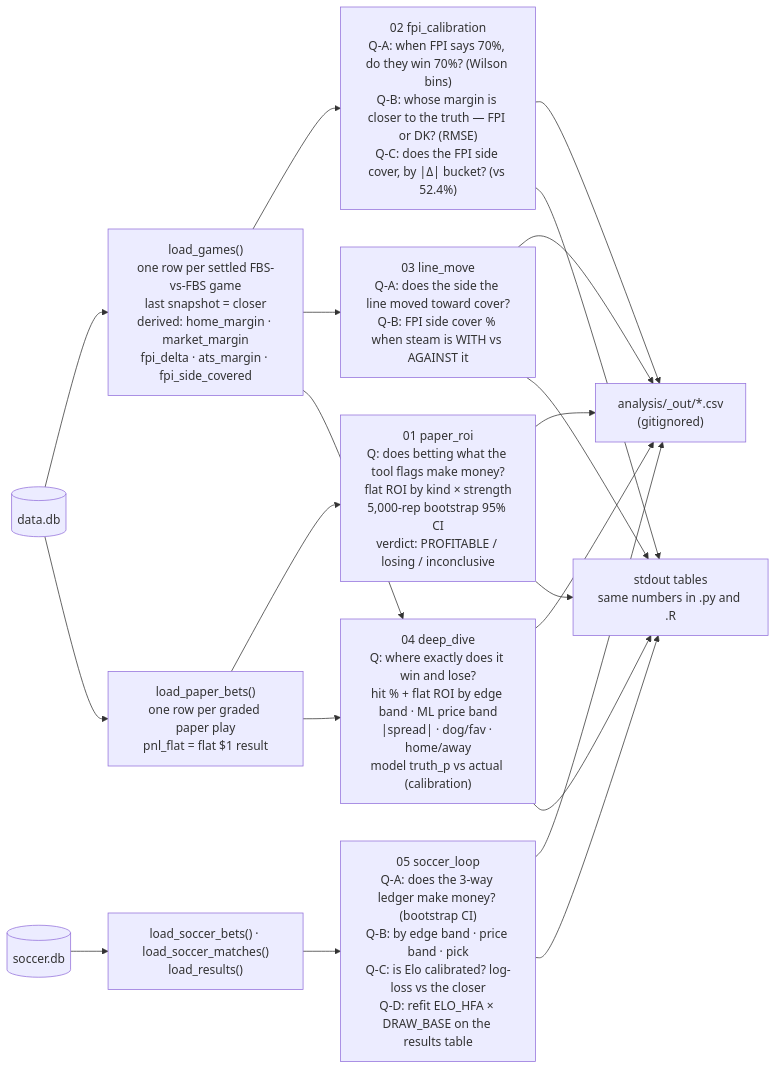
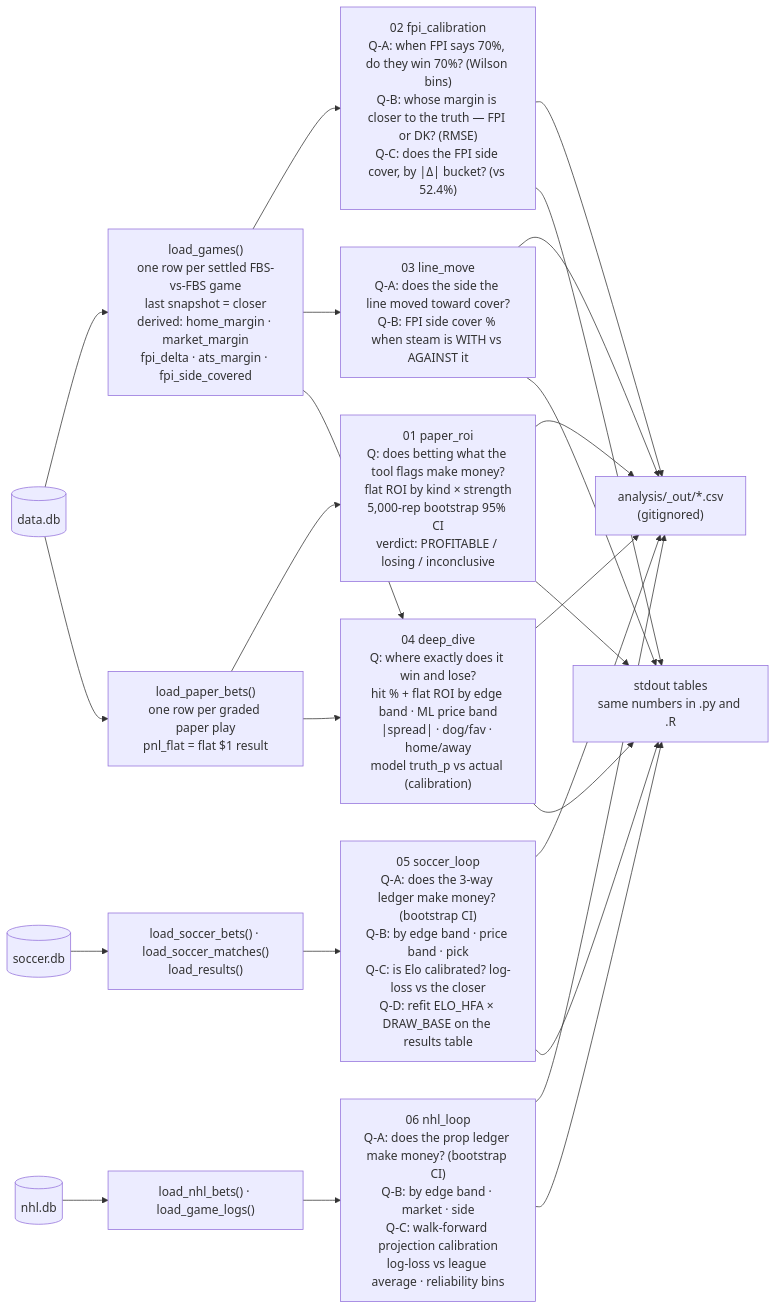
The third of 26 diagrams in README.md (wbp318/cfb_pro_soccer_2026), drawn with Mermaid before and after one commit. The commit also changed other lines of this file and 8 other files, not shown here.

First line of the commit message:
Add analysis/06_nhl: the NHL analysis loop in Python and R

````diff
--- a/README.md
+++ b/README.md
@@ -290,16 +292,18 @@
 ```mermaid
 flowchart LR
     DB[("data.db")] --> LG["load_games()\none row per settled FBS-vs-FBS game\nlast snapshot = closer\nderived: home_margin · market_margin\nfpi_delta · ats_margin · fpi_side_covered"]
     DB --> LB["load_paper_bets()\none row per graded paper play\npnl_flat = flat $1 result"]
 
     LB --> S1["01 paper_roi\nQ: does betting what the tool flags make money?\nflat ROI by kind × strength\n5,000-rep bootstrap 95% CI\nverdict: PROFITABLE / losing / inconclusive"]
     LG --> S2["02 fpi_calibration\nQ-A: when FPI says 70%, do they win 70%? (Wilson bins)\nQ-B: whose margin is closer to the truth — FPI or DK? (RMSE)\nQ-C: does the FPI side cover, by |Δ| bucket? (vs 52.4%)"]
     LG --> S3["03 line_move\nQ-A: does the side the line moved toward cover?\nQ-B: FPI side cover % when steam is WITH vs AGAINST it"]
     LB --> S4["04 deep_dive\nQ: where exactly does it win and lose?\nhit % + flat ROI by edge band · ML price band\n|spread| · dog/fav · home/away\nmodel truth_p vs actual (calibration)"]
     LG --> S4
     SDB[("soccer.db")] --> LSB["load_soccer_bets() · load_soccer_matches()\nload_results()"]
     LSB --> S5["05 soccer_loop\nQ-A: does the 3-way ledger make money? (bootstrap CI)\nQ-B: by edge band · price band · pick\nQ-C: is Elo calibrated? log-loss vs the closer\nQ-D: refit ELO_HFA × DRAW_BASE on the results table"]
+    NDB[("nhl.db")] --> LNB["load_nhl_bets() · load_game_logs()"]
+    LNB --> S6["06 nhl_loop\nQ-A: does the prop ledger make money? (bootstrap CI)\nQ-B: by edge band · market · side\nQ-C: walk-forward projection calibration\nlog-loss vs league average · reliability bins"]
 
-    S1 & S2 & S3 & S4 & S5 --> OUTC["analysis/_out/*.csv\n(gitignored)"]
-    S1 & S2 & S3 & S4 & S5 --> STD["stdout tables\nsame numbers in .py and .R"]
+    S1 & S2 & S3 & S4 & S5 & S6 --> OUTC["analysis/_out/*.csv\n(gitignored)"]
+    S1 & S2 & S3 & S4 & S5 & S6 --> STD["stdout tables\nsame numbers in .py and .R"]
 ```
````
